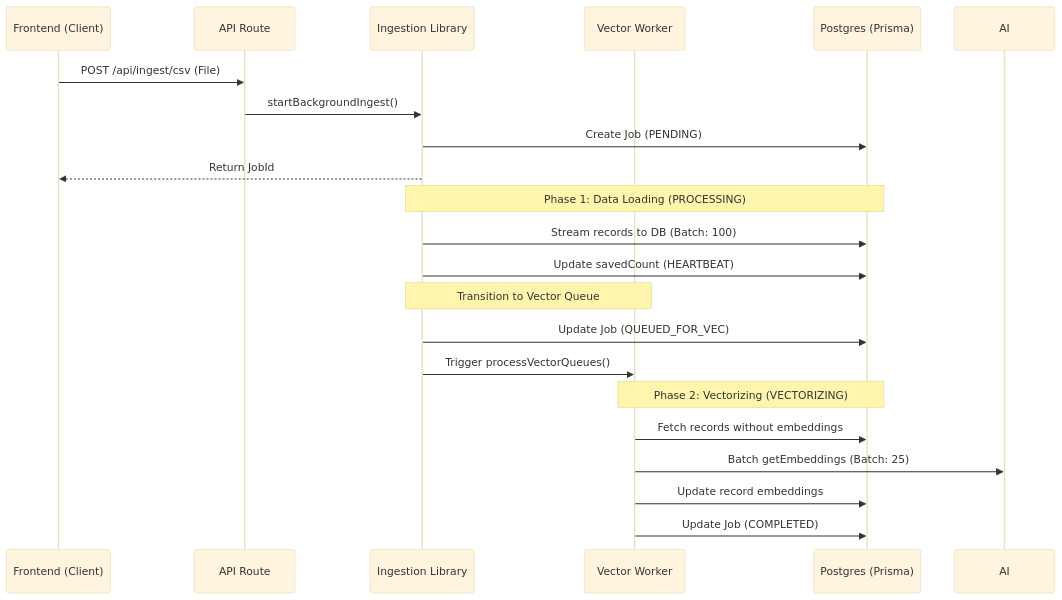
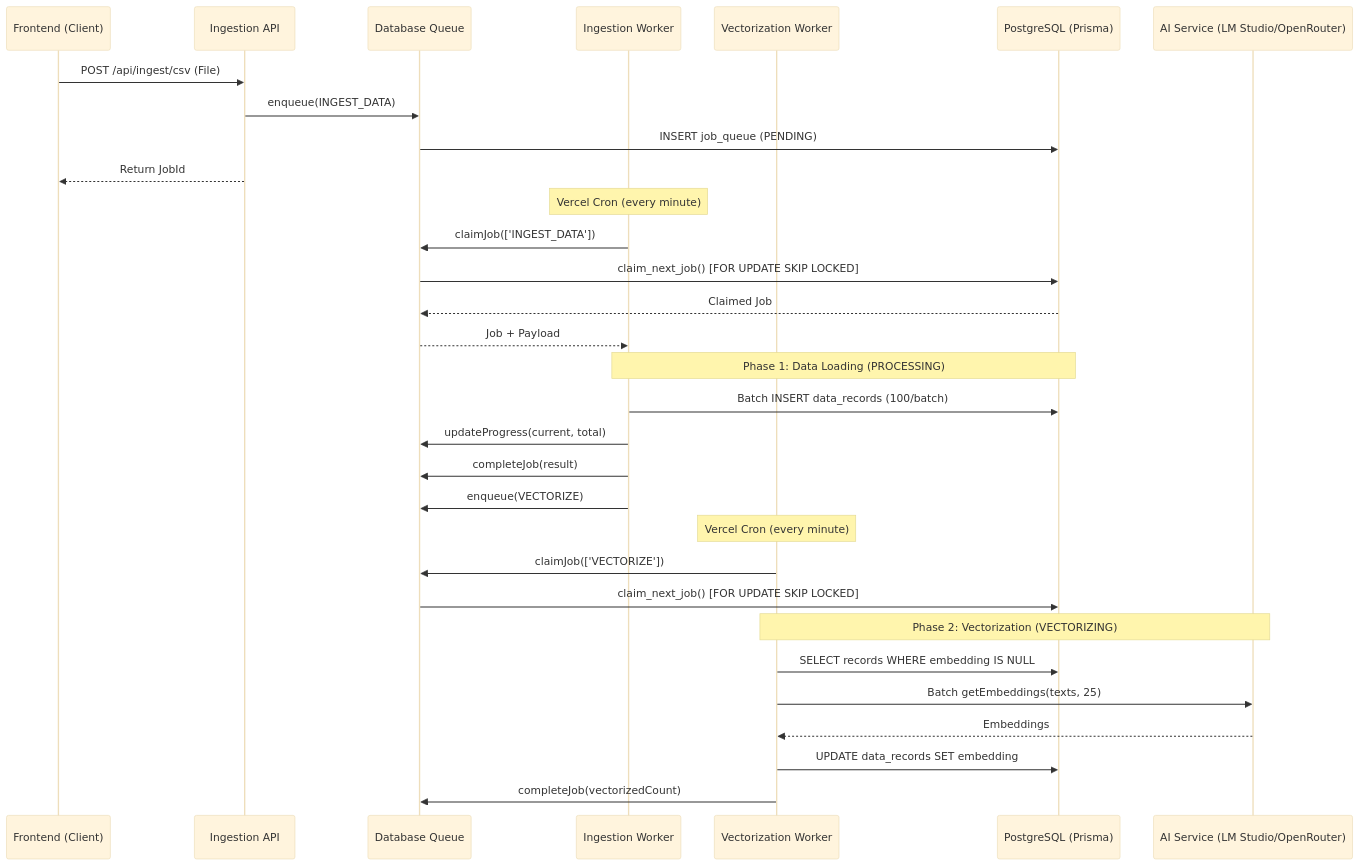
One commit to Resynance/percentage-tool changed the diagram in Documentation/Architecture/INGESTION_FLOW.md. Above: the diagram before and after it, drawn with Mermaid (base theme). The commit also changed other lines of this file and 3 other files, not shown here.

````diff
--- a/Documentation/Architecture/INGESTION_FLOW.md
+++ b/Documentation/Architecture/INGESTION_FLOW.md
@@ -9,27 +12,38 @@
 ```mermaid
 sequenceDiagram
     participant UI as Frontend (Client)
-    participant API as API Route
-    participant LIB as Ingestion Library
-    participant VEC as Vector Worker
-    participant DB as Postgres (Prisma)
+    participant API as Ingestion API
+    participant Queue as Database Queue
+    participant Worker1 as Ingestion Worker
+    participant Worker2 as Vectorization Worker
+    participant DB as PostgreSQL (Prisma)
+    participant AI as AI Service (LM Studio/OpenRouter)
 
     UI->>API: POST /api/ingest/csv (File)
-    API->>LIB: startBackgroundIngest()
-    LIB->>DB: Create Job (PENDING)
-    LIB-->>UI: Return JobId
-    
-    Note over LIB, DB: Phase 1: Data Loading (PROCESSING)
-    LIB->>DB: Stream records to DB (Batch: 100)
-    LIB->>DB: Update savedCount (HEARTBEAT)
-    
-    Note over LIB, VEC: Transition to Vector Queue
-    LIB->>DB: Update Job (QUEUED_FOR_VEC)
-    LIB->>VEC: Trigger processVectorQueues()
-    
-    Note over VEC, DB: Phase 2: Vectorizing (VECTORIZING)
-    VEC->>DB: Fetch records without embeddings
-    VEC->>AI: Batch getEmbeddings (Batch: 25)
-    VEC->>DB: Update record embeddings
-    VEC->>DB: Update Job (COMPLETED)
+    API->>Queue: enqueue(INGEST_DATA)
+    Queue->>DB: INSERT job_queue (PENDING)
+    API-->>UI: Return JobId
+
+    Note over Worker1: Vercel Cron (every minute)
+    Worker1->>Queue: claimJob(['INGEST_DATA'])
+    Queue->>DB: claim_next_job() [FOR UPDATE SKIP LOCKED]
+    DB-->>Queue: Claimed Job
+    Queue-->>Worker1: Job + Payload
+
+    Note over Worker1, DB: Phase 1: Data Loading (PROCESSING)
+    Worker1->>DB: Batch INSERT data_records (100/batch)
+    Worker1->>Queue: updateProgress(current, total)
+    Worker1->>Queue: completeJob(result)
+    Worker1->>Queue: enqueue(VECTORIZE)
+
+    Note over Worker2: Vercel Cron (every minute)
+    Worker2->>Queue: claimJob(['VECTORIZE'])
+    Queue->>DB: claim_next_job() [FOR UPDATE SKIP LOCKED]
+
+    Note over Worker2, AI: Phase 2: Vectorization (VECTORIZING)
+    Worker2->>DB: SELECT records WHERE embedding IS NULL
+    Worker2->>AI: Batch getEmbeddings(texts, 25)
+    AI-->>Worker2: Embeddings
+    Worker2->>DB: UPDATE data_records SET embedding
+    Worker2->>Queue: completeJob(vectorizedCount)
 ```
````
